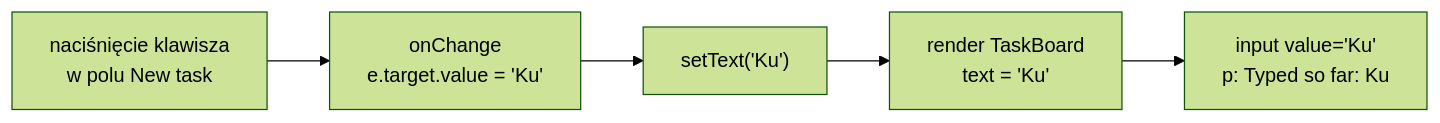
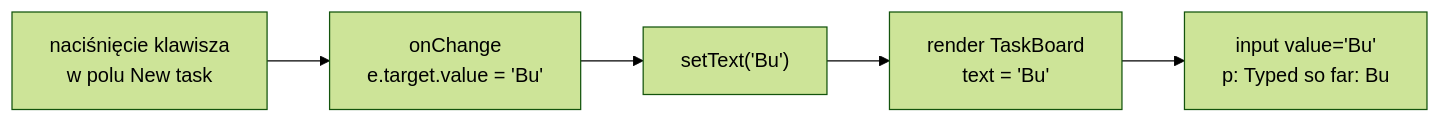
One commit to mmiotk/frontend-development-ug changed the diagram in lecture02/slides/slide_02_formularz-kontrolowany.md. Above: the diagram before and after it, drawn with Mermaid (forest theme). The commit also changed other lines of this file and 23 other files, not shown here.

````diff
--- a/lecture02/slides/slide_02_formularz-kontrolowany.md
+++ b/lecture02/slides/slide_02_formularz-kontrolowany.md
@@ -128,8 +134,8 @@
 ```mermaid
 %%{init: {"flowchart": {"wrappingWidth": 360}}}%%
 flowchart LR
-    K["naciśnięcie klawisza<br/>w polu New task"] --> E["onChange<br/>e.target.value = 'Ku'"]
-    E --> S["setText('Ku')"]
-    S --> R["render TaskBoard<br/>text = 'Ku'"]
-    R --> V["input value='Ku'<br/>p: Typed so far: Ku"]
+    K["naciśnięcie klawisza<br/>w polu New task"] --> E["onChange<br/>e.target.value = 'Bu'"]
+    E --> S["setText('Bu')"]
+    S --> R["render TaskBoard<br/>text = 'Bu'"]
+    R --> V["input value='Bu'<br/>p: Typed so far: Bu"]
 ```
````
